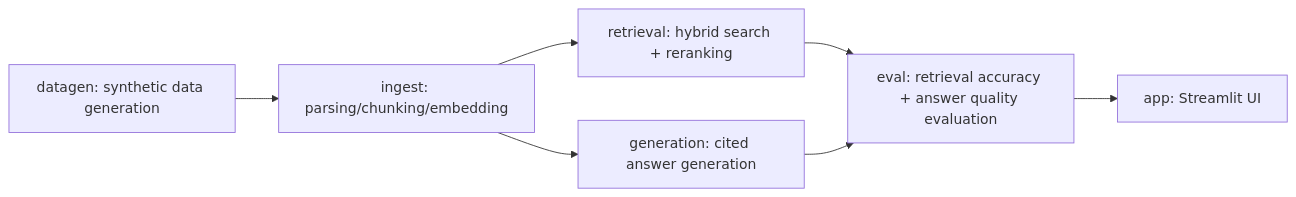
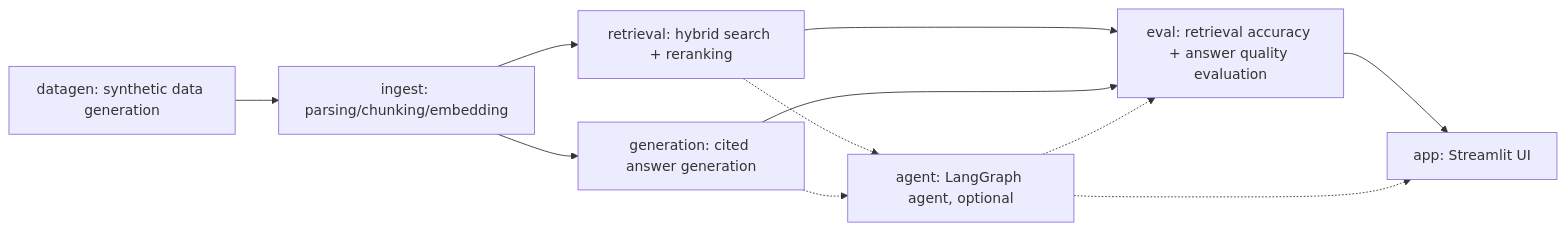
The first of 2 diagrams in README_en.md (satoshi-abe-dev/silo-rag), drawn with Mermaid before and after one commit. The commit also changed other lines of this file and 1 other file, not shown here.

First line of the commit message:
Document the LangGraph agent: design decisions and baseline comparison

````diff
--- a/README_en.md
+++ b/README_en.md
@@ -140,9 +154,13 @@
 ```mermaid
 graph LR
     A[datagen: synthetic data generation] --> B[ingest: parsing/chunking/embedding]
     B --> C[retrieval: hybrid search + reranking]
     B --> D[generation: cited answer generation]
     C --> E[eval: retrieval accuracy + answer quality evaluation]
     D --> E
     E --> F[app: Streamlit UI]
+    C -.-> G[agent: LangGraph agent, optional]
+    D -.-> G
+    G -.-> E
+    G -.-> F
 ```
````
